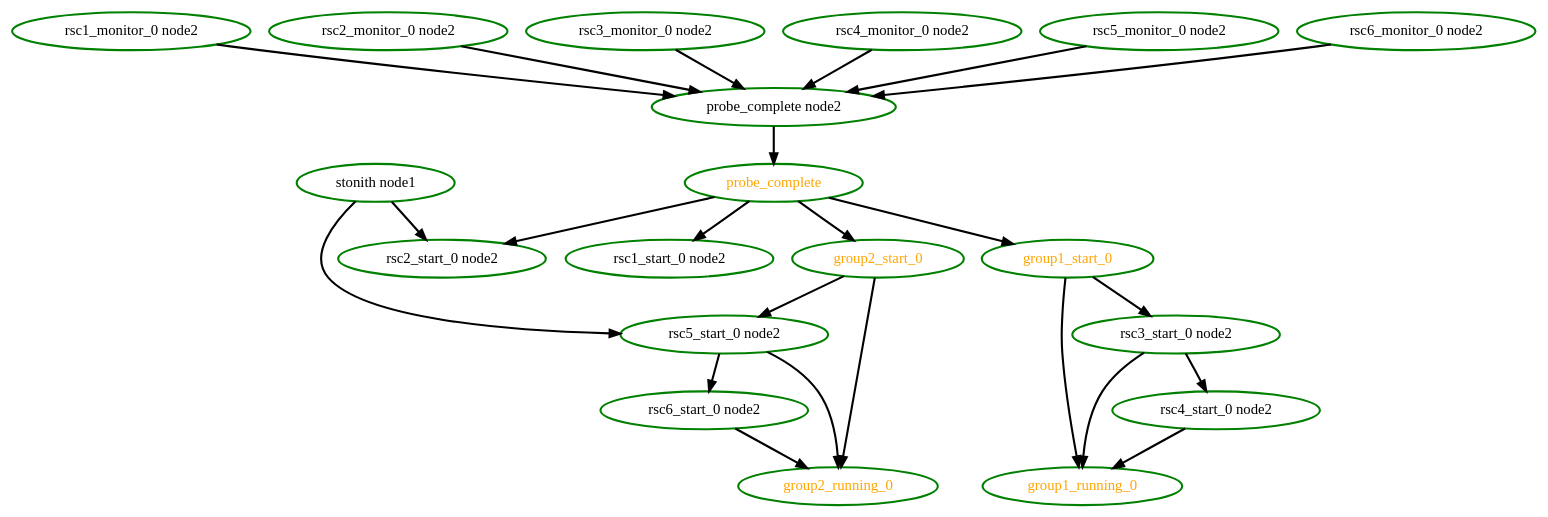
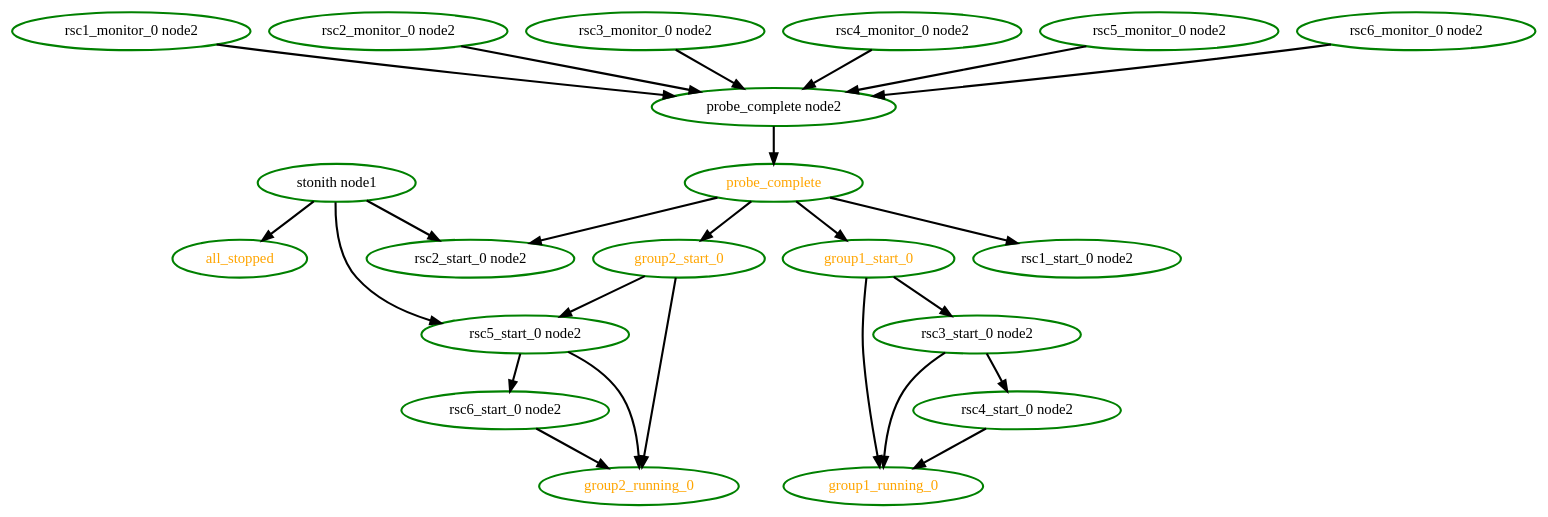
Before and after one commit to richiewen8/heartbeat: the diagram in crm/pengine/testcases/rec-node-2.dot, drawn with Graphviz. The commit also changed 33 other files, not shown here.

Commit message:
PE: STONITH Shutdown ordering * Ensure all stonith actions are complete before stopping stonith resources * Ensure all regular resources are stopped before stopping stonith resources

```diff
--- a/crm/pengine/testcases/rec-node-2.dot
+++ b/crm/pengine/testcases/rec-node-2.dot
@@ -1,44 +1,46 @@
  digraph "g" {
+"all_stopped" [ style=bold color="green" fontcolor="orange"  ]
 "group1_running_0" [ style=bold color="green" fontcolor="orange" ]
 "group1_start_0" -> "group1_running_0" [ style = bold]
 "group1_start_0" -> "rsc3_start_0 node2" [ style = bold]
 "group1_start_0" [ style=bold color="green" fontcolor="orange" ]
 "group2_running_0" [ style=bold color="green" fontcolor="orange" ]
 "group2_start_0" -> "group2_running_0" [ style = bold]
 "group2_start_0" -> "rsc5_start_0 node2" [ style = bold]
 "group2_start_0" [ style=bold color="green" fontcolor="orange" ]
 "probe_complete node2" -> "probe_complete" [ style = bold]
 "probe_complete node2" [ style=bold color="green" fontcolor="black" ]
 "probe_complete" -> "group1_start_0" [ style = bold]
 "probe_complete" -> "group2_start_0" [ style = bold]
 "probe_complete" -> "rsc1_start_0 node2" [ style = bold]
 "probe_complete" -> "rsc2_start_0 node2" [ style = bold]
 "probe_complete" [ style=bold color="green" fontcolor="orange" ]
 "rsc1_monitor_0 node2" -> "probe_complete node2" [ style = bold]
 "rsc1_monitor_0 node2" [ style=bold color="green" fontcolor="black" ]
 "rsc1_start_0 node2" [ style=bold color="green" fontcolor="black" ]
 "rsc2_monitor_0 node2" -> "probe_complete node2" [ style = bold]
 "rsc2_monitor_0 node2" [ style=bold color="green" fontcolor="black" ]
 "rsc2_start_0 node2" [ style=bold color="green" fontcolor="black" ]
 "rsc3_monitor_0 node2" -> "probe_complete node2" [ style = bold]
 "rsc3_monitor_0 node2" [ style=bold color="green" fontcolor="black" ]
 "rsc3_start_0 node2" -> "group1_running_0" [ style = bold]
 "rsc3_start_0 node2" -> "rsc4_start_0 node2" [ style = bold]
 "rsc3_start_0 node2" [ style=bold color="green" fontcolor="black" ]
 "rsc4_monitor_0 node2" -> "probe_complete node2" [ style = bold]
 "rsc4_monitor_0 node2" [ style=bold color="green" fontcolor="black" ]
 "rsc4_start_0 node2" -> "group1_running_0" [ style = bold]
 "rsc4_start_0 node2" [ style=bold color="green" fontcolor="black" ]
 "rsc5_monitor_0 node2" -> "probe_complete node2" [ style = bold]
 "rsc5_monitor_0 node2" [ style=bold color="green" fontcolor="black" ]
 "rsc5_start_0 node2" -> "group2_running_0" [ style = bold]
 "rsc5_start_0 node2" -> "rsc6_start_0 node2" [ style = bold]
 "rsc5_start_0 node2" [ style=bold color="green" fontcolor="black" ]
 "rsc6_monitor_0 node2" -> "probe_complete node2" [ style = bold]
 "rsc6_monitor_0 node2" [ style=bold color="green" fontcolor="black" ]
 "rsc6_start_0 node2" -> "group2_running_0" [ style = bold]
 "rsc6_start_0 node2" [ style=bold color="green" fontcolor="black" ]
+"stonith node1" -> "all_stopped" [ style = bold]
 "stonith node1" -> "rsc2_start_0 node2" [ style = bold]
 "stonith node1" -> "rsc5_start_0 node2" [ style = bold]
 "stonith node1" [ style=bold color="green" fontcolor="black" ]
 }
```
